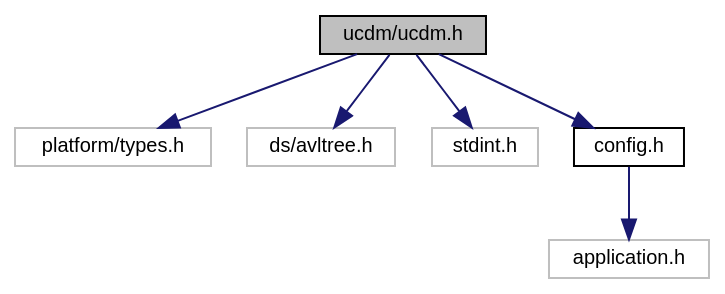
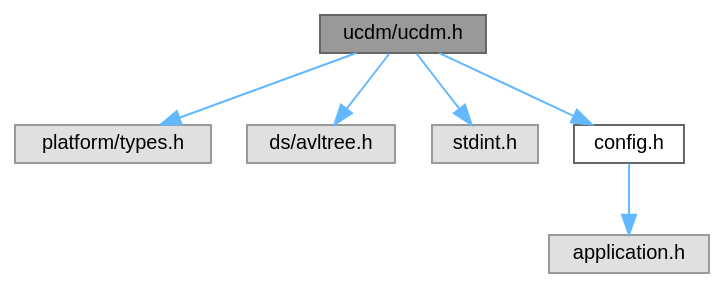
The diagram in ucdm_8h__incl.dot (ebs-universe/piolib-ucdm), drawn with Graphviz before and after one commit. The commit also changed 365 other files, not shown here.

```diff
--- a/ucdm_8h__incl.dot
+++ b/ucdm_8h__incl.dot
@@ -1,19 +1,19 @@
 digraph "ucdm/ucdm.h"
 {
  // INTERACTIVE_SVG=YES
  // LATEX_PDF_SIZE
   bgcolor="transparent";
-  edge [fontname="Helvetica",fontsize="10",labelfontname="Helvetica",labelfontsize="10"];
-  node [fontname="Helvetica",fontsize="10",shape=record];
-  Node1 [label="ucdm/ucdm.h",height=0.2,width=0.4,color="black", fillcolor="grey75", style="filled", fontcolor="black",tooltip="Interface and usage of the Unified Configuration and Data Manager."];
-  Node1 -> Node2 [color="midnightblue",fontsize="10",style="solid",fontname="Helvetica"];
-  Node2 [label="platform/types.h",height=0.2,width=0.4,color="grey75",tooltip=" "];
-  Node1 -> Node3 [color="midnightblue",fontsize="10",style="solid",fontname="Helvetica"];
-  Node3 [label="ds/avltree.h",height=0.2,width=0.4,color="grey75",tooltip=" "];
-  Node1 -> Node4 [color="midnightblue",fontsize="10",style="solid",fontname="Helvetica"];
-  Node4 [label="stdint.h",height=0.2,width=0.4,color="grey75",tooltip=" "];
-  Node1 -> Node5 [color="midnightblue",fontsize="10",style="solid",fontname="Helvetica"];
-  Node5 [label="config.h",height=0.2,width=0.4,color="black",URL="$config_8h_source.html",tooltip=" "];
-  Node5 -> Node6 [color="midnightblue",fontsize="10",style="solid",fontname="Helvetica"];
-  Node6 [label="application.h",height=0.2,width=0.4,color="grey75",tooltip=" "];
+  edge [fontname=Helvetica,fontsize=10,labelfontname=Helvetica,labelfontsize=10];
+  node [fontname=Helvetica,fontsize=10,shape=box,height=0.2,width=0.4];
+  Node1 [id="Node000001",label="ucdm/ucdm.h",height=0.2,width=0.4,color="gray40", fillcolor="grey60", style="filled", fontcolor="black",tooltip="Interface and usage of the Unified Configuration and Data Manager."];
+  Node1 -> Node2 [id="edge1_Node000001_Node000002",color="steelblue1",style="solid",tooltip=" "];
+  Node2 [id="Node000002",label="platform/types.h",height=0.2,width=0.4,color="grey60", fillcolor="#E0E0E0", style="filled",tooltip=" "];
+  Node1 -> Node3 [id="edge2_Node000001_Node000003",color="steelblue1",style="solid",tooltip=" "];
+  Node3 [id="Node000003",label="ds/avltree.h",height=0.2,width=0.4,color="grey60", fillcolor="#E0E0E0", style="filled",tooltip=" "];
+  Node1 -> Node4 [id="edge3_Node000001_Node000004",color="steelblue1",style="solid",tooltip=" "];
+  Node4 [id="Node000004",label="stdint.h",height=0.2,width=0.4,color="grey60", fillcolor="#E0E0E0", style="filled",tooltip=" "];
+  Node1 -> Node5 [id="edge4_Node000001_Node000005",color="steelblue1",style="solid",tooltip=" "];
+  Node5 [id="Node000005",label="config.h",height=0.2,width=0.4,color="grey40", fillcolor="white", style="filled",URL="$config_8h.html",tooltip=" "];
+  Node5 -> Node6 [id="edge5_Node000005_Node000006",color="steelblue1",style="solid",tooltip=" "];
+  Node6 [id="Node000006",label="application.h",height=0.2,width=0.4,color="grey60", fillcolor="#E0E0E0", style="filled",tooltip=" "];
 }
```
